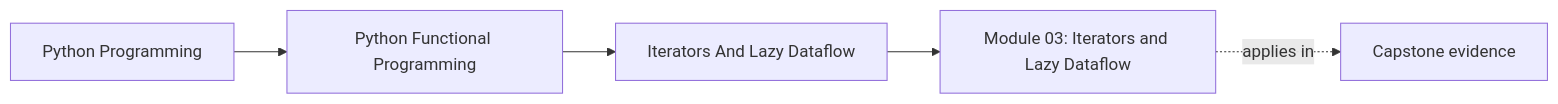
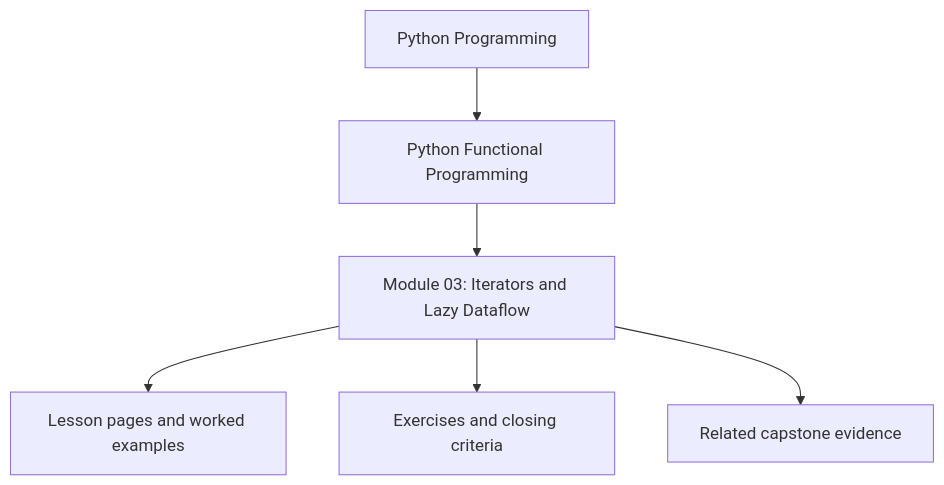
One commit to bijux/bijux-masterclass changed the first of 2 diagrams in programs/python-programming/python-functional-programming/course-book/module-03-iterators-and-lazy-dataflow/index.md. Above: the diagram before and after it, drawn with Mermaid. The commit also changed other lines of this file and 10 other files, not shown here.

Commit message:
docs(python-functional-programming): reposition module overview diagrams

````diff
--- a/programs/python-programming/python-functional-programming/course-book/module-03-iterators-and-lazy-dataflow/index.md
+++ b/programs/python-programming/python-functional-programming/course-book/module-03-iterators-and-lazy-dataflow/index.md
@@ -7,11 +7,8 @@
 ```mermaid
-graph LR
-  family["Python Programming"]
-  program["Python Functional Programming"]
-  section["Iterators And Lazy Dataflow"]
-  page["Module 03: Iterators and Lazy Dataflow"]
-  capstone["Capstone evidence"]
-
-  family --> program --> section --> page
-  page -.applies in.-> capstone
+flowchart TD
+  family["Python Programming"] --> program["Python Functional Programming"]
+  program --> module["Module 03: Iterators and Lazy Dataflow"]
+  module --> lessons["Lesson pages and worked examples"]
+  module --> checkpoints["Exercises and closing criteria"]
+  module --> capstone["Related capstone evidence"]
 ```
````
